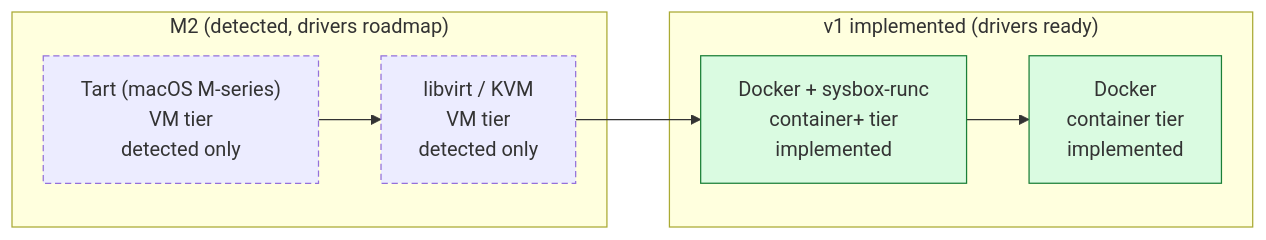
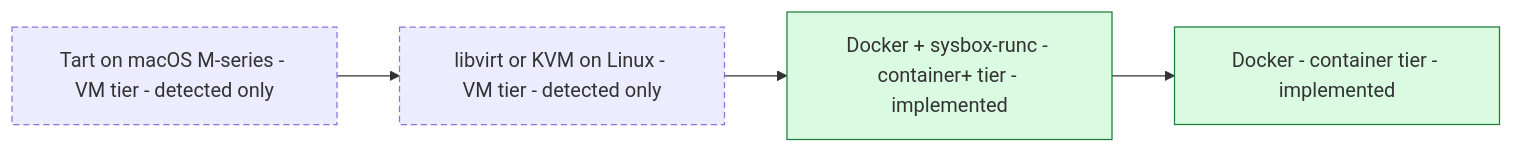
Before and after one commit to jleechanorg/ez-gh-actions: the third of 3 diagrams in DESIGN.md, drawn with Mermaid. The commit also changed other lines of this file and 1 other file, not shown here.

Commit message:
docs: fix mermaid syntax for GitHub renderer (drop parens, operators, subgraph brackets)

````diff
--- a/DESIGN.md
+++ b/DESIGN.md
@@ -294,16 +294,12 @@
 ```mermaid
 flowchart LR
-    subgraph V1["v1 implemented (drivers ready)"]
-        D0["Docker<br/>container tier<br/>implemented"]
-        D1["Docker + sysbox-runc<br/>container+ tier<br/>implemented"]
-    end
-    subgraph M2["M2 (detected, drivers roadmap)"]
-        L0["libvirt / KVM<br/>VM tier<br/>detected only"]
-        T0["Tart (macOS M-series)<br/>VM tier<br/>detected only"]
-    end
+    T0["Tart on macOS M-series - VM tier - detected only"]
+    L0["libvirt or KVM on Linux - VM tier - detected only"]
+    D1["Docker + sysbox-runc - container+ tier - implemented"]
+    D0["Docker - container tier - implemented"]
     T0 --> L0 --> D1 --> D0
     style T0 stroke-dasharray: 5 3
     style L0 stroke-dasharray: 5 3
     style D0 fill:#dafbe1,stroke:#1a7f37
     style D1 fill:#dafbe1,stroke:#1a7f37
 ```
````
